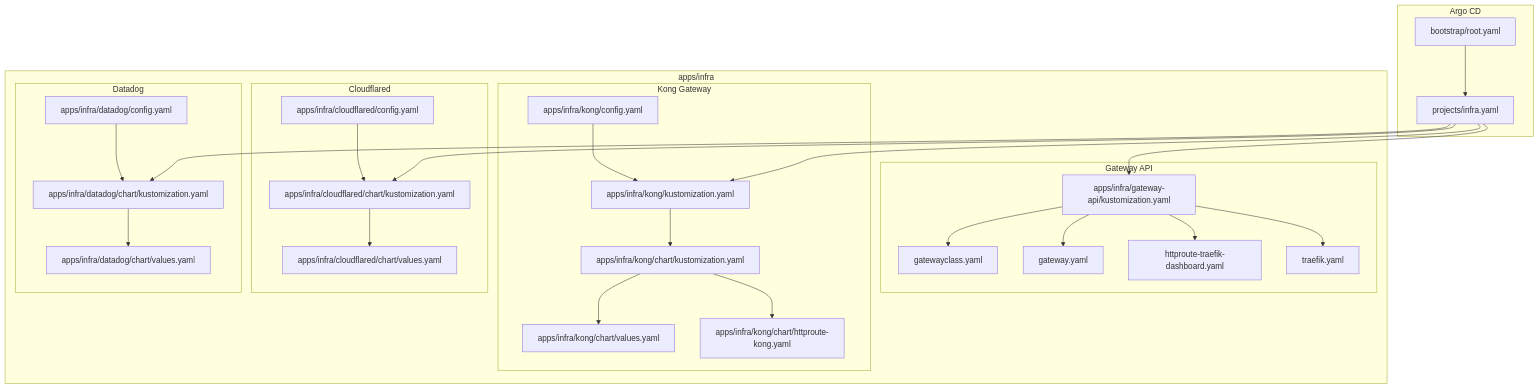
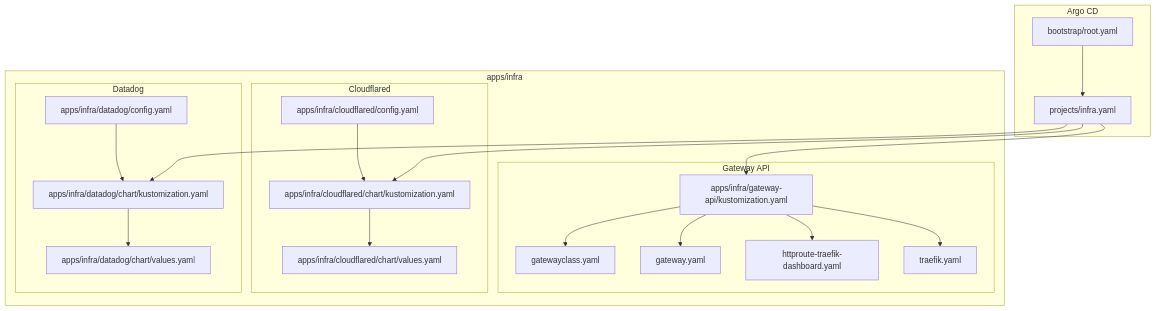
The first of 6 diagrams in .qoder/repowiki/en/content/Infrastructure Applications/Infrastructure Applications.md (Hoangvu75/k8s_manifest), drawn with Mermaid before and after one commit. The commit also changed other lines of this file and 31 other files, not shown here.

````diff
--- a/.qoder/repowiki/en/content/Infrastructure Applications/Infrastructure Applications.md
+++ b/.qoder/repowiki/en/content/Infrastructure Applications/Infrastructure Applications.md
@@ -62,50 +48,38 @@
 ```mermaid
 graph TB
 subgraph "Argo CD"
 ROOT["bootstrap/root.yaml"]
 INFRA_PROJECT["projects/infra.yaml"]
 end
 subgraph "apps/infra"
 subgraph "Gateway API"
 GWC["gatewayclass.yaml"]
 GW["gateway.yaml"]
 HR["httproute-traefik-dashboard.yaml"]
 TR["traefik.yaml"]
 GK["apps/infra/gateway-api/kustomization.yaml"]
 end
-subgraph "Kong Gateway"
-KONG_K["apps/infra/kong/kustomization.yaml"]
-KONG_CHART["apps/infra/kong/chart/kustomization.yaml"]
-KONG_VALUES["apps/infra/kong/chart/values.yaml"]
-KONG_HR["apps/infra/kong/chart/httproute-kong.yaml"]
-KONG_CFG["apps/infra/kong/config.yaml"]
-end
 subgraph "Cloudflared"
 CF_VALUES["apps/infra/cloudflared/chart/values.yaml"]
 CF_K["apps/infra/cloudflared/chart/kustomization.yaml"]
 CF_CFG["apps/infra/cloudflared/config.yaml"]
 end
 subgraph "Datadog"
 DD_VALUES["apps/infra/datadog/chart/values.yaml"]
 DD_K["apps/infra/datadog/chart/kustomization.yaml"]
 DD_CFG["apps/infra/datadog/config.yaml"]
 end
 end
 ROOT --> INFRA_PROJECT
 INFRA_PROJECT --> GK
-INFRA_PROJECT --> KONG_K
 INFRA_PROJECT --> CF_K
 INFRA_PROJECT --> DD_K
 GK --> GWC
 GK --> GW
 GK --> HR
 GK --> TR
-KONG_K --> KONG_CHART
-KONG_CHART --> KONG_VALUES
-KONG_CHART --> KONG_HR
-KONG_CFG --> KONG_K
 CF_K --> CF_VALUES
 CF_CFG --> CF_K
 DD_K --> DD_VALUES
 DD_CFG --> DD_K
 ```
````
